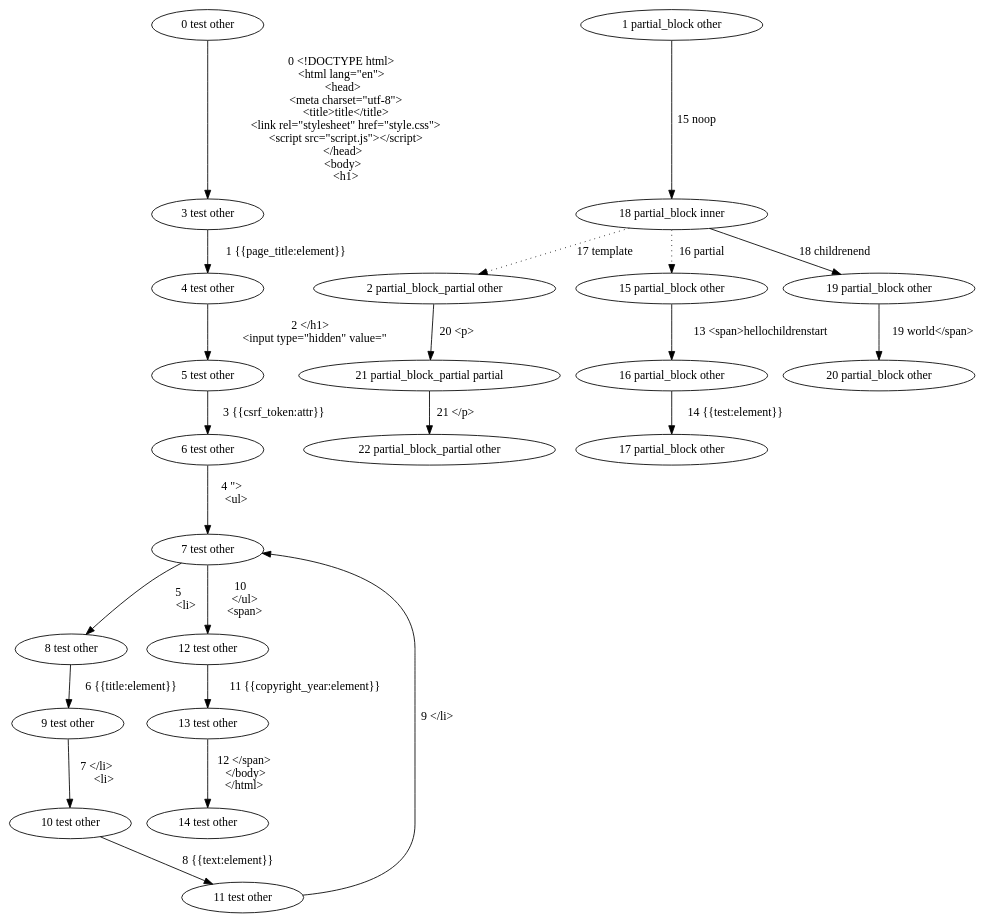
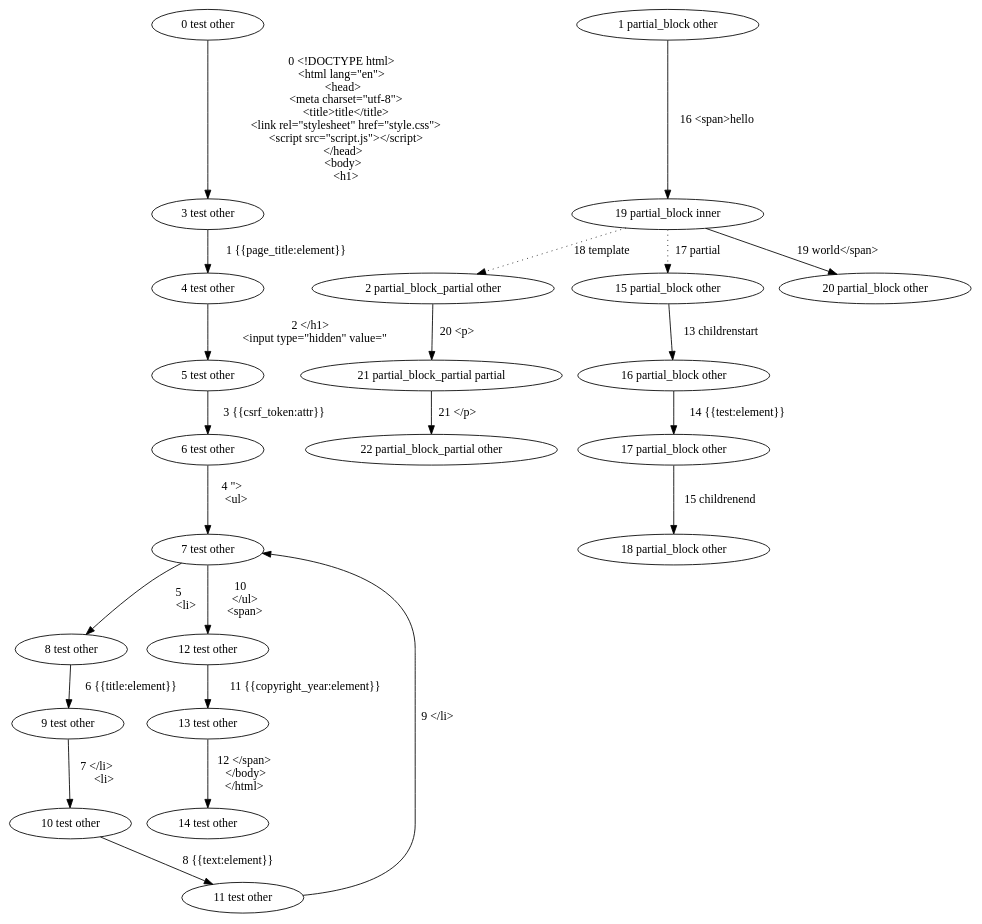
One commit to mohe2015/zero-cost-templating changed the diagram in zero-cost-templating/test,partial_block,partial_block_partial.dot. Above: the diagram before and after it, drawn with Graphviz. The commit also changed 2 other files, not shown here.

```diff
--- a/zero-cost-templating/test,partial_block,partial_block_partial.dot
+++ b/zero-cost-templating/test,partial_block,partial_block_partial.dot
@@ -1,66 +1,66 @@
 digraph {
     0 [ label = "0 test other"]
     1 [ label = "1 partial_block other"]
     2 [ label = "2 partial_block_partial other"]
     3 [ label = "3 test other"]
     4 [ label = "4 test other"]
     5 [ label = "5 test other"]
     6 [ label = "6 test other"]
     7 [ label = "7 test other"]
     8 [ label = "8 test other"]
     9 [ label = "9 test other"]
     10 [ label = "10 test other"]
     11 [ label = "11 test other"]
     12 [ label = "12 test other"]
     13 [ label = "13 test other"]
     14 [ label = "14 test other"]
     15 [ label = "15 partial_block other"]
     16 [ label = "16 partial_block other"]
     17 [ label = "17 partial_block other"]
-    18 [ label = "18 partial_block inner"]
-    19 [ label = "19 partial_block other"]
+    18 [ label = "18 partial_block other"]
+    19 [ label = "19 partial_block inner"]
     20 [ label = "20 partial_block other"]
     21 [ label = "21 partial_block_partial partial"]
     22 [ label = "22 partial_block_partial other"]
     0 -> 3 [ label = "0 <!DOCTYPE html>
 <html lang=\"en\">
   <head>
     <meta charset=\"utf-8\">
     <title>title</title>
     <link rel=\"stylesheet\" href=\"style.css\">
     <script src=\"script.js\"></script>
   </head>
   <body>
     <h1>"]
     3 -> 4 [ label = "1 {{page_title:element}}"]
     4 -> 5 [ label = "2 </h1>
     <input type=\"hidden\" value=\""]
     5 -> 6 [ label = "3 {{csrf_token:attr}}"]
     6 -> 7 [ label = "4 \">
     <ul>
     "]
     7 -> 8 [ label = "5 
       <li>"]
     8 -> 9 [ label = "6 {{title:element}}"]
     9 -> 10 [ label = "7 </li>
       <li>"]
     10 -> 11 [ label = "8 {{text:element}}"]
     11 -> 7 [ label = "9 </li>
     "]
     7 -> 12 [ label = "10 
     </ul>
     <span>"]
     12 -> 13 [ label = "11 {{copyright_year:element}}"]
     13 -> 14 [ label = "12 </span>
   </body>
 </html>"]
-    15 -> 16 [ label = "13 <span>hellochildrenstart"]
+    15 -> 16 [ label = "13 childrenstart"]
     16 -> 17 [ label = "14 {{test:element}}"]
-    1 -> 18 [ label = "15 noop"]
-    18 -> 15 [ label = "16 partial" style = dotted]
-    18 -> 2 [ label = "17 template" style = dotted]
-    18 -> 19 [ label = "18 childrenend"]
+    17 -> 18 [ label = "15 childrenend"]
+    1 -> 19 [ label = "16 <span>hello"]
+    19 -> 15 [ label = "17 partial" style = dotted]
+    19 -> 2 [ label = "18 template" style = dotted]
     19 -> 20 [ label = "19 world</span>"]
     2 -> 21 [ label = "20 <p>"]
     21 -> 22 [ label = "21 </p>"]
 }
```
